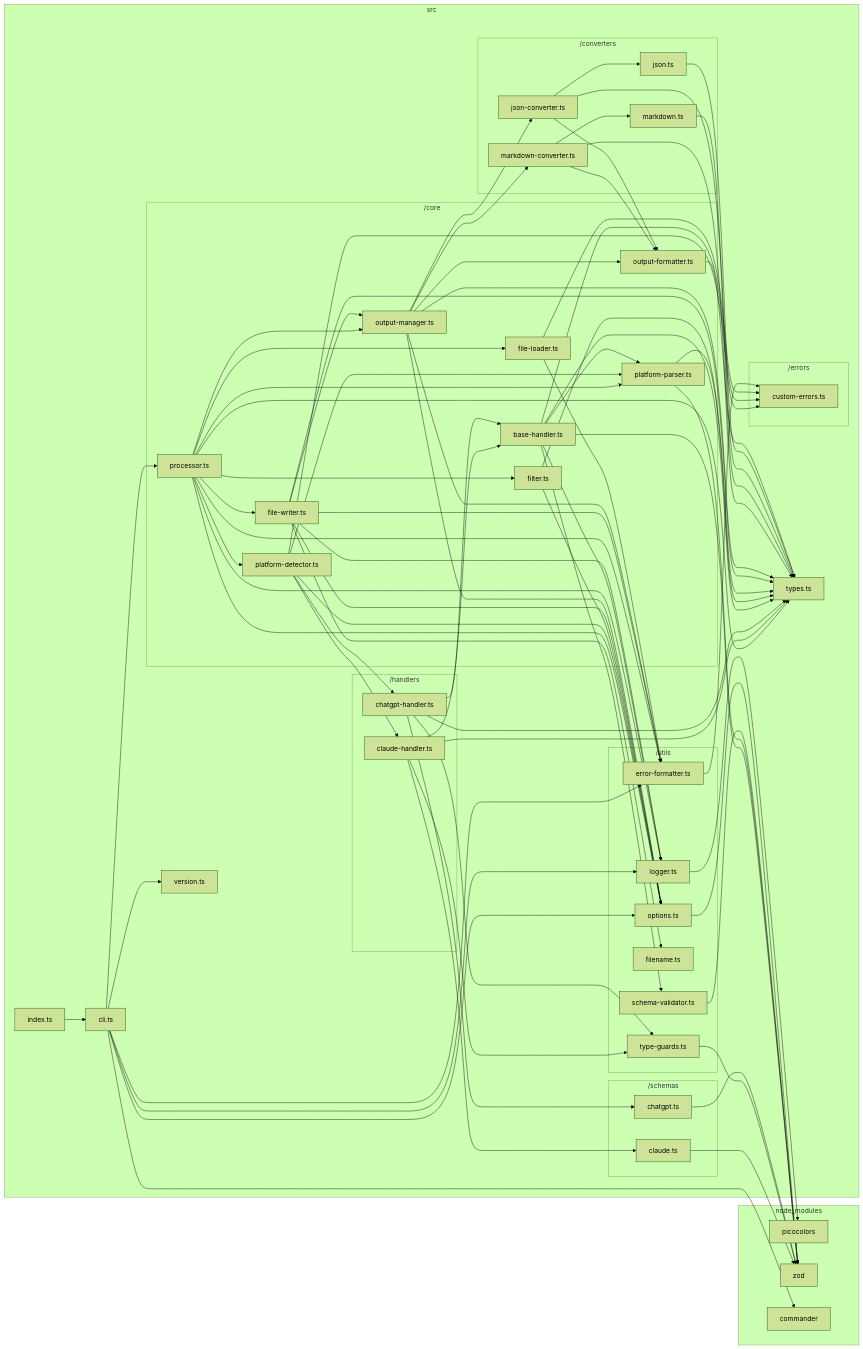
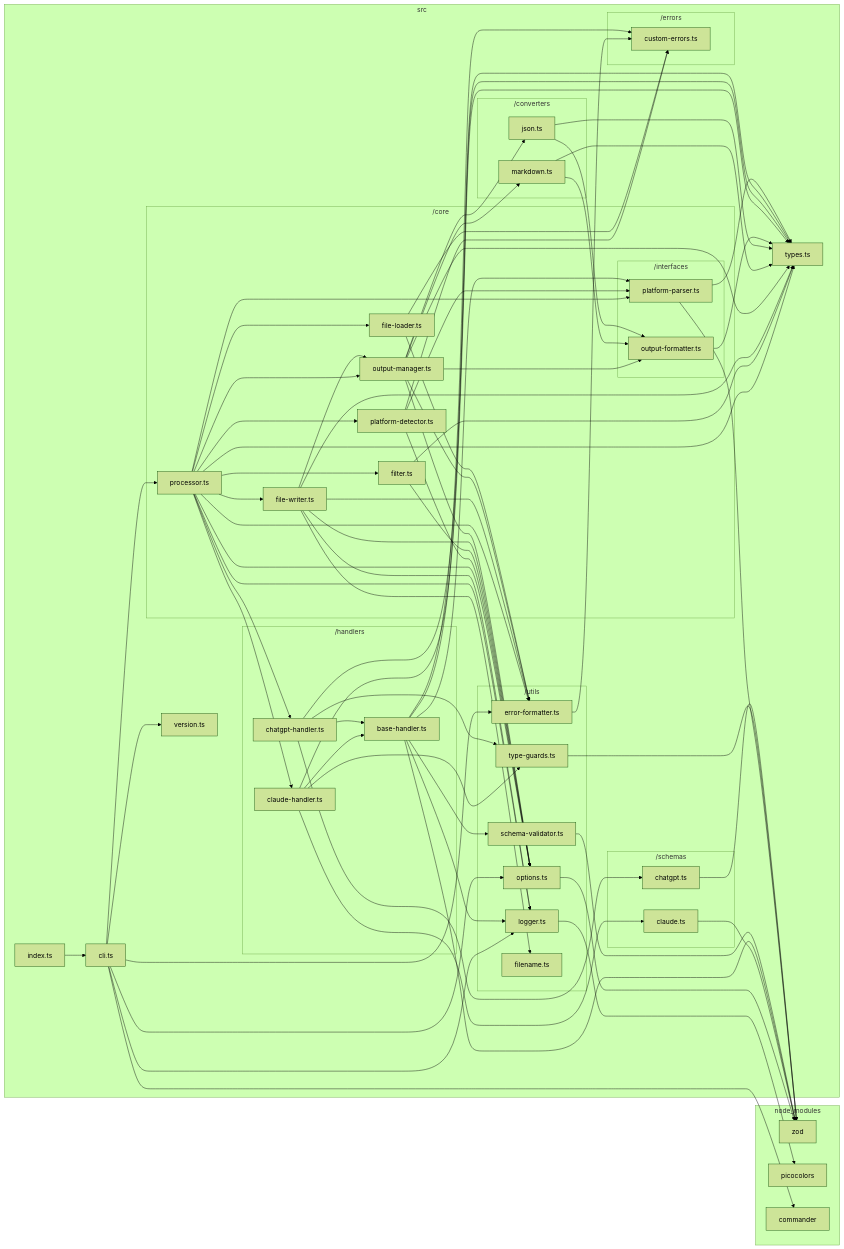
Before and after one commit to sugurutakahashi-1234/ai-chat-md-export: the diagram in docs/dependency-graphs/typescript-graph.md, drawn with Mermaid (forest theme). The commit also changed 12 other files, not shown here.

First line of the commit message:
refactor: reorganize output formatters and platform parsers

```diff
--- a/docs/dependency-graphs/typescript-graph.md
+++ b/docs/dependency-graphs/typescript-graph.md
@@ -11,68 +11,84 @@
         src/version.ts["version.ts"]
         src/cli.ts["cli.ts"]
         src/index.ts["index.ts"]
-        subgraph src/errors["/errors"]
-            src/errors/custom//errors.ts["custom-errors.ts"]
-        end
-        subgraph src/utils["/utils"]
-            src/utils/error//formatter.ts["error-formatter.ts"]
-            src/utils/logger.ts["logger.ts"]
-            src/utils/options.ts["options.ts"]
-            src/utils/filename.ts["filename.ts"]
-            src/utils/schema//validator.ts["schema-validator.ts"]
-            src/utils/type//guards.ts["type-guards.ts"]
-        end
-        subgraph src/core["/core"]
-            src/core/file//loader.ts["file-loader.ts"]
-            src/core/output//formatter.ts["output-formatter.ts"]
-            src/core/output//manager.ts["output-manager.ts"]
-            src/core/file//writer.ts["file-writer.ts"]
-            src/core/filter.ts["filter.ts"]
-            src/core/platform//parser.ts["platform-parser.ts"]
-            src/core/base//handler.ts["base-handler.ts"]
-            src/core/platform//detector.ts["platform-detector.ts"]
-            src/core/processor.ts["processor.ts"]
-        end
-        subgraph src/converters["/converters"]
-            src/converters/json.ts["json.ts"]
-            src/converters/json//converter.ts["json-converter.ts"]
-            src/converters/markdown.ts["markdown.ts"]
-            src/converters/markdown//converter.ts["markdown-converter.ts"]
-        end
         subgraph src/schemas["/schemas"]
             src/schemas/chatgpt.ts["chatgpt.ts"]
             src/schemas/claude.ts["claude.ts"]
         end
+        subgraph src/utils["/utils"]
+            src/utils/type//guards.ts["type-guards.ts"]
+            src/utils/logger.ts["logger.ts"]
+            src/utils/schema//validator.ts["schema-validator.ts"]
+            src/utils/error//formatter.ts["error-formatter.ts"]
+            src/utils/options.ts["options.ts"]
+            src/utils/filename.ts["filename.ts"]
+        end
+        subgraph src/core["/core"]
+            src/core/file//loader.ts["file-loader.ts"]
+            src/core/output//manager.ts["output-manager.ts"]
+            src/core/file//writer.ts["file-writer.ts"]
+            src/core/filter.ts["filter.ts"]
+            src/core/platform//detector.ts["platform-detector.ts"]
+            src/core/processor.ts["processor.ts"]
+            subgraph src/core/interfaces["/interfaces"]
+                src/core/interfaces/platform//parser.ts["platform-parser.ts"]
+                src/core/interfaces/output//formatter.ts["output-formatter.ts"]
+            end
+        end
+        subgraph src/errors["/errors"]
+            src/errors/custom//errors.ts["custom-errors.ts"]
+        end
         subgraph src/handlers["/handlers"]
+            src/handlers/base//handler.ts["base-handler.ts"]
             src/handlers/chatgpt//handler.ts["chatgpt-handler.ts"]
             src/handlers/claude//handler.ts["claude-handler.ts"]
         end
+        subgraph src/converters["/converters"]
+            src/converters/json.ts["json.ts"]
+            src/converters/markdown.ts["markdown.ts"]
+        end
     end
     subgraph node//modules["node_modules"]
+        node//modules/zod/index.d.cts["zod"]
         node//modules/picocolors/picocolors.d.ts["picocolors"]
-        node//modules/zod/index.d.cts["zod"]
         node//modules/commander/typings/index.d.ts["commander"]
     end
+    src/schemas/chatgpt.ts-->node//modules/zod/index.d.cts
+    src/utils/type//guards.ts-->node//modules/zod/index.d.cts
+    src/core/interfaces/platform//parser.ts-->node//modules/zod/index.d.cts
+    src/core/interfaces/platform//parser.ts-->src/types.ts
+    src/utils/logger.ts-->node//modules/picocolors/picocolors.d.ts
+    src/utils/schema//validator.ts-->node//modules/zod/index.d.cts
+    src/handlers/base//handler.ts-->node//modules/zod/index.d.cts
+    src/handlers/base//handler.ts-->src/core/interfaces/platform//parser.ts
+    src/handlers/base//handler.ts-->src/errors/custom//errors.ts
+    src/handlers/base//handler.ts-->src/types.ts
+    src/handlers/base//handler.ts-->src/utils/logger.ts
+    src/handlers/base//handler.ts-->src/utils/schema//validator.ts
+    src/handlers/chatgpt//handler.ts-->src/schemas/chatgpt.ts
+    src/handlers/chatgpt//handler.ts-->src/types.ts
+    src/handlers/chatgpt//handler.ts-->src/utils/type//guards.ts
+    src/handlers/chatgpt//handler.ts-->src/handlers/base//handler.ts
+    src/schemas/claude.ts-->node//modules/zod/index.d.cts
+    src/handlers/claude//handler.ts-->src/schemas/claude.ts
+    src/handlers/claude//handler.ts-->src/types.ts
+    src/handlers/claude//handler.ts-->src/utils/type//guards.ts
+    src/handlers/claude//handler.ts-->src/handlers/base//handler.ts
     src/utils/error//formatter.ts-->src/errors/custom//errors.ts
-    src/utils/logger.ts-->node//modules/picocolors/picocolors.d.ts
     src/utils/options.ts-->node//modules/zod/index.d.cts
     src/core/file//loader.ts-->src/errors/custom//errors.ts
     src/core/file//loader.ts-->src/utils/error//formatter.ts
-    src/core/output//formatter.ts-->src/types.ts
+    src/core/interfaces/output//formatter.ts-->src/types.ts
+    src/converters/json.ts-->src/core/interfaces/output//formatter.ts
     src/converters/json.ts-->src/types.ts
-    src/converters/json//converter.ts-->src/core/output//formatter.ts
-    src/converters/json//converter.ts-->src/types.ts
-    src/converters/json//converter.ts-->src/converters/json.ts
+    src/converters/markdown.ts-->src/core/interfaces/output//formatter.ts
     src/converters/markdown.ts-->src/types.ts
-    src/converters/markdown//converter.ts-->src/core/output//formatter.ts
-    src/converters/markdown//converter.ts-->src/types.ts
-    src/converters/markdown//converter.ts-->src/converters/markdown.ts
-    src/core/output//manager.ts-->src/converters/json//converter.ts
-    src/core/output//manager.ts-->src/converters/markdown//converter.ts
+    src/core/output//manager.ts-->src/converters/json.ts
+    src/core/output//manager.ts-->src/converters/markdown.ts
     src/core/output//manager.ts-->src/types.ts
     src/core/output//manager.ts-->src/utils/error//formatter.ts
     src/core/output//manager.ts-->src/utils/options.ts
-    src/core/output//manager.ts-->src/core/output//formatter.ts
+    src/core/output//manager.ts-->src/core/interfaces/output//formatter.ts
     src/core/file//writer.ts-->src/types.ts
     src/core/file//writer.ts-->src/utils/error//formatter.ts
     src/core/file//writer.ts-->src/utils/filename.ts
@@ -81,31 +97,11 @@
     src/core/file//writer.ts-->src/core/output//manager.ts
     src/core/filter.ts-->src/types.ts
     src/core/filter.ts-->src/utils/options.ts
-    src/utils/schema//validator.ts-->node//modules/zod/index.d.cts
-    src/core/platform//parser.ts-->node//modules/zod/index.d.cts
-    src/core/platform//parser.ts-->src/types.ts
-    src/core/base//handler.ts-->node//modules/zod/index.d.cts
-    src/core/base//handler.ts-->src/errors/custom//errors.ts
-    src/core/base//handler.ts-->src/types.ts
-    src/core/base//handler.ts-->src/utils/logger.ts
-    src/core/base//handler.ts-->src/utils/schema//validator.ts
-    src/core/base//handler.ts-->src/core/platform//parser.ts
-    src/schemas/chatgpt.ts-->node//modules/zod/index.d.cts
-    src/utils/type//guards.ts-->node//modules/zod/index.d.cts
-    src/handlers/chatgpt//handler.ts-->src/core/base//handler.ts
-    src/handlers/chatgpt//handler.ts-->src/schemas/chatgpt.ts
-    src/handlers/chatgpt//handler.ts-->src/types.ts
-    src/handlers/chatgpt//handler.ts-->src/utils/type//guards.ts
-    src/schemas/claude.ts-->node//modules/zod/index.d.cts
-    src/handlers/claude//handler.ts-->src/core/base//handler.ts
-    src/handlers/claude//handler.ts-->src/schemas/claude.ts
-    src/handlers/claude//handler.ts-->src/types.ts
-    src/handlers/claude//handler.ts-->src/utils/type//guards.ts
     src/core/platform//detector.ts-->src/errors/custom//errors.ts
-    src/core/platform//detector.ts-->src/handlers/chatgpt//handler.ts
-    src/core/platform//detector.ts-->src/handlers/claude//handler.ts
     src/core/platform//detector.ts-->src/utils/options.ts
-    src/core/platform//detector.ts-->src/core/platform//parser.ts
+    src/core/platform//detector.ts-->src/core/interfaces/platform//parser.ts
+    src/core/processor.ts-->src/handlers/chatgpt//handler.ts
+    src/core/processor.ts-->src/handlers/claude//handler.ts
     src/core/processor.ts-->src/types.ts
     src/core/processor.ts-->src/utils/error//formatter.ts
     src/core/processor.ts-->src/utils/logger.ts
@@ -113,9 +109,9 @@
     src/core/processor.ts-->src/core/file//loader.ts
     src/core/processor.ts-->src/core/file//writer.ts
     src/core/processor.ts-->src/core/filter.ts
+    src/core/processor.ts-->src/core/interfaces/platform//parser.ts
     src/core/processor.ts-->src/core/output//manager.ts
     src/core/processor.ts-->src/core/platform//detector.ts
-    src/core/processor.ts-->src/core/platform//parser.ts
     src/cli.ts-->node//modules/commander/typings/index.d.ts
     src/cli.ts-->src/core/processor.ts
     src/cli.ts-->src/utils/error//formatter.ts
```
